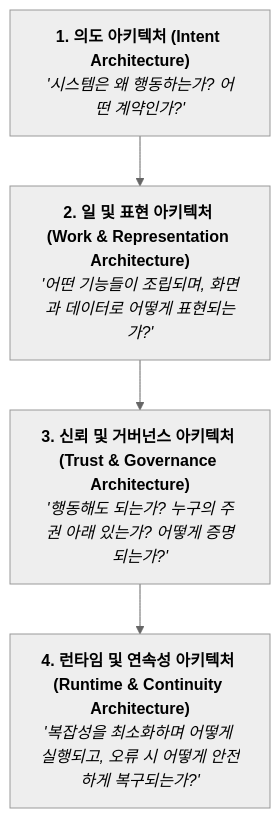
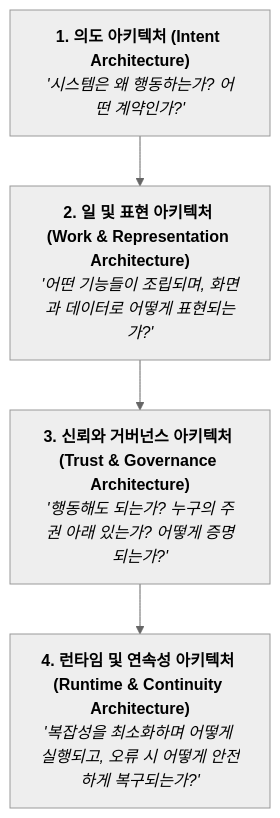
One commit to kocean-dev/judgment-computing changed the second of 3 diagrams in ARCHITECTURE.Ko.md. Above: the diagram before and after it, drawn with Mermaid (neutral theme). The commit also changed other lines of this file and 5 other files, not shown here.

````diff
--- a/ARCHITECTURE.Ko.md
+++ b/ARCHITECTURE.Ko.md
@@ -33,9 +33,9 @@
 ```mermaid
 flowchart TD
     L1["<b>1. 의도 아키텍처 (Intent Architecture)</b><br><i>'시스템은 왜 행동하는가? 어떤 계약인가?'</i>"]
     L2["<b>2. 일 및 표현 아키텍처 (Work & Representation Architecture)</b><br><i>'어떤 기능들이 조립되며, 화면과 데이터로 어떻게 표현되는가?'</i>"]
-    L3["<b>3. 신뢰 및 거버넌스 아키텍처 (Trust & Governance Architecture)</b><br><i>'행동해도 되는가? 누구의 주권 아래 있는가? 어떻게 증명되는가?'</i>"]
+    L3["<b>3. 신뢰와 거버넌스 아키텍처 (Trust & Governance Architecture)</b><br><i>'행동해도 되는가? 누구의 주권 아래 있는가? 어떻게 증명되는가?'</i>"]
     L4["<b>4. 런타임 및 연속성 아키텍처 (Runtime & Continuity Architecture)</b><br><i>'복잡성을 최소화하며 어떻게 실행되고, 오류 시 어떻게 안전하게 복구되는가?'</i>"]
 
     L1 --> L2 --> L3 --> L4
 ```
````
